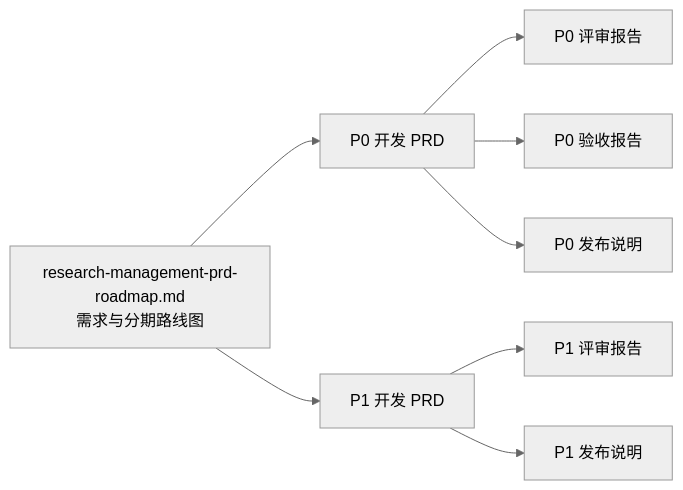
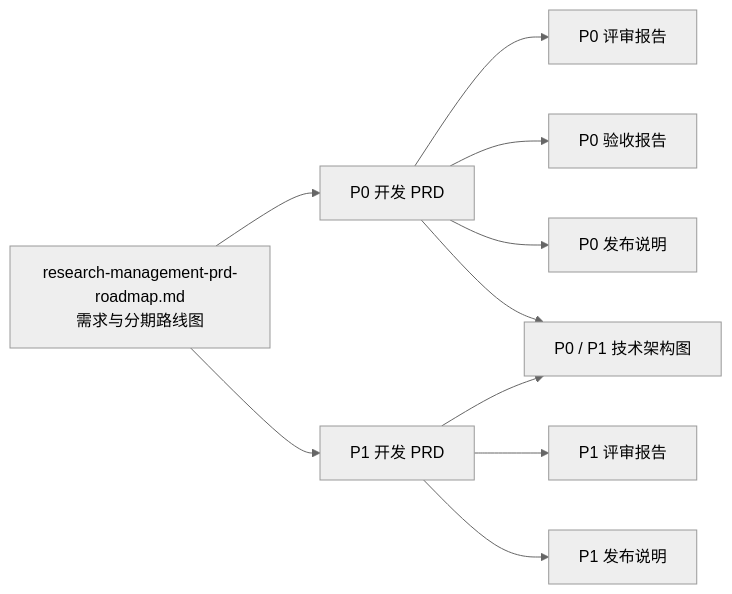
One commit to SynlysAI/plane changed the diagram in docs/README.md. Above: the diagram before and after it, drawn with Mermaid (neutral theme). The commit also changed other lines of this file and 10 other files, not shown here.

````diff
--- a/docs/README.md
+++ b/docs/README.md
@@ -34,10 +39,12 @@
 ```mermaid
 flowchart LR
     R[research-management-prd-roadmap.md<br/>需求与分期路线图] --> P0[P0 开发 PRD]
     R --> P1[P1 开发 PRD]
     P0 --> P0R[P0 评审报告]
     P1 --> P1R[P1 评审报告]
     P0 --> P0A[P0 验收报告]
     P0 --> P0N[P0 发布说明]
     P1 --> P1N[P1 发布说明]
+    P0 --> ARCH[P0 / P1 技术架构图]
+    P1 --> ARCH
 ```
````
